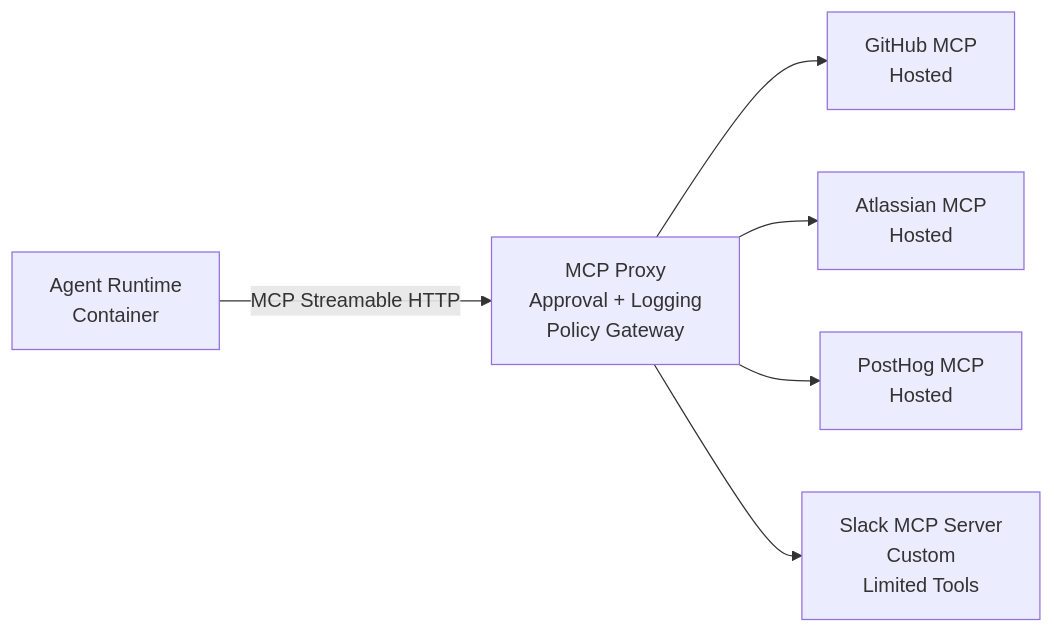
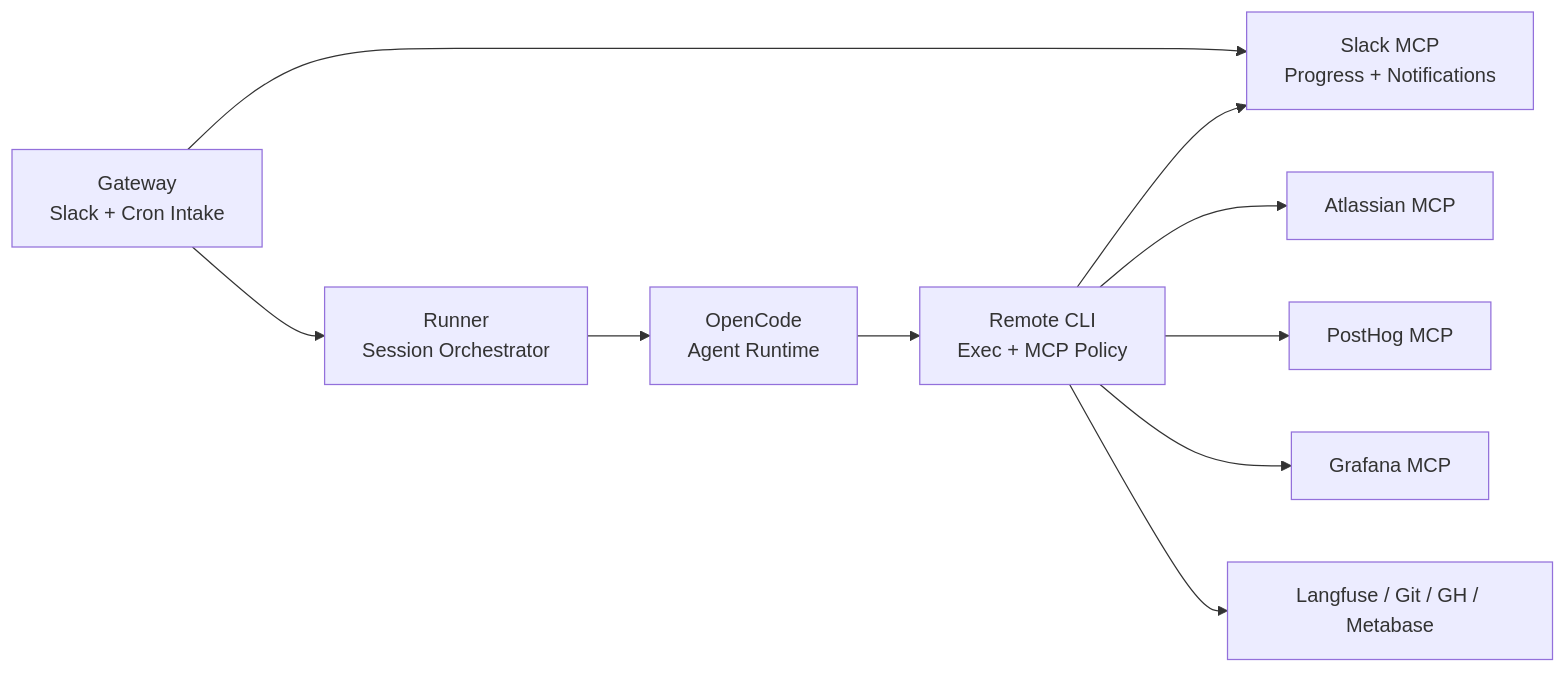
One commit to scoutqa-dot-ai/thor changed the diagram in docs/feat/mvp.md. Above: the diagram before and after it, drawn with Mermaid. The commit also changed other lines of this file and 23 other files, not shown here.

````diff
--- a/docs/feat/mvp.md
+++ b/docs/feat/mvp.md
@@ -7,20 +7,24 @@
 ```mermaid
 flowchart LR
 
-    A[Agent Runtime<br/>Container]
+    A[OpenCode<br/>Agent Runtime]
+    B[Runner<br/>Session Orchestrator]
+    C[Gateway<br/>Slack + Cron Intake]
+    D[Remote CLI<br/>Exec + MCP Policy]
+    E[Slack MCP<br/>Progress + Notifications]
 
-    B[MCP Proxy<br/>Approval + Logging<br/>Policy Gateway]
+    F[Atlassian MCP]
+    G[PostHog MCP]
+    H[Grafana MCP]
+    I[Langfuse / Git / GH / Metabase]
 
-    C[GitHub MCP<br/>Hosted]
-    D[Atlassian MCP<br/>Hosted]
-    E[PostHog MCP<br/>Hosted]
-
-    F[Slack MCP Server<br/>Custom<br/>Limited Tools]
-
-    A -- MCP Streamable HTTP --> B
-
-    B --> C
-    B --> D
-    B --> E
-    B --> F
+    C --> B
+    B --> A
+    A --> D
+    C --> E
+    D --> E
+    D --> F
+    D --> G
+    D --> H
+    D --> I
 ```
````
